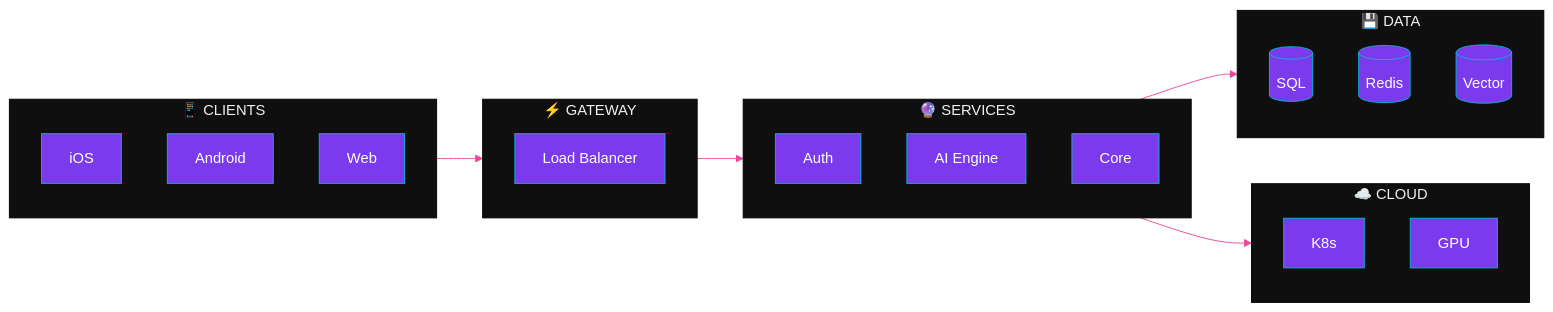
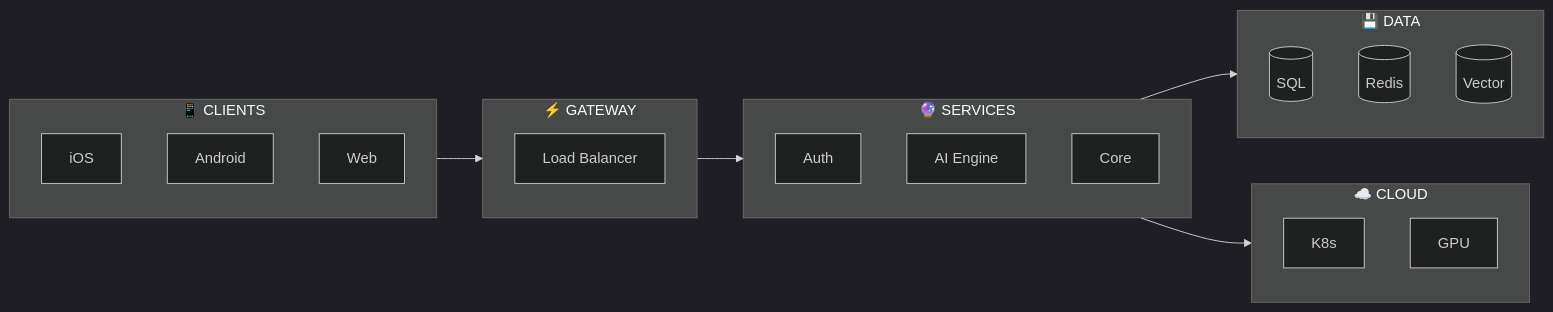
Before and after one commit to yash1511-bogam/yash1511-bogam: the second of 3 diagrams in README.md, drawn with Mermaid. The commit also changed other lines of this file, not shown here.

Commit message:
White text, dark theme mermaid, clean contrast

````diff
--- a/README.md
+++ b/README.md
@@ -85,33 +85,33 @@
 ```mermaid
-%%{init: {'theme': 'base', 'themeVariables': { 'primaryColor': '#7c3aed', 'primaryTextColor': '#ffffff', 'primaryBorderColor': '#06b6d4', 'lineColor': '#ec4899', 'secondaryColor': '#1a1a2e', 'tertiaryColor': '#0f0f0f', 'background': '#0f0f0f', 'textColor': '#ffffff', 'nodeTextColor': '#ffffff'}}}%%
+%%{init: {'theme': 'dark'}}%%
 flowchart LR
     subgraph C["📱 CLIENTS"]
         iOS["iOS"]
         Android["Android"]
         Web["Web"]
     end
     
     subgraph G["⚡ GATEWAY"]
         LB["Load Balancer"]
     end
     
     subgraph S["🔮 SERVICES"]
         Auth["Auth"]
         AI["AI Engine"]
         Core["Core"]
     end
     
     subgraph D["💾 DATA"]
         DB[("SQL")]
         Cache[("Redis")]
         Vec[("Vector")]
     end
     
     subgraph I["☁️ CLOUD"]
         K8s["K8s"]
         GPU["GPU"]
     end
     
     C --> G --> S --> D
     S --> I
 ```
````
